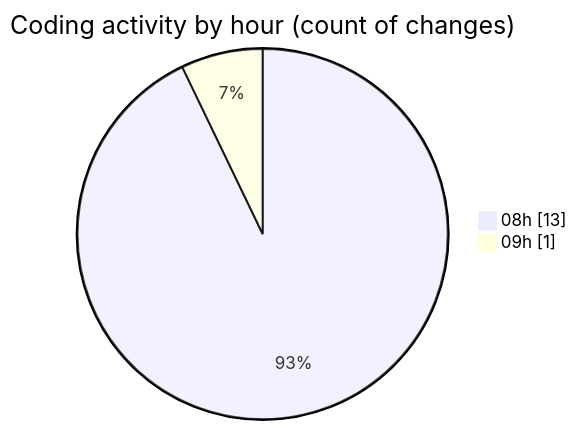
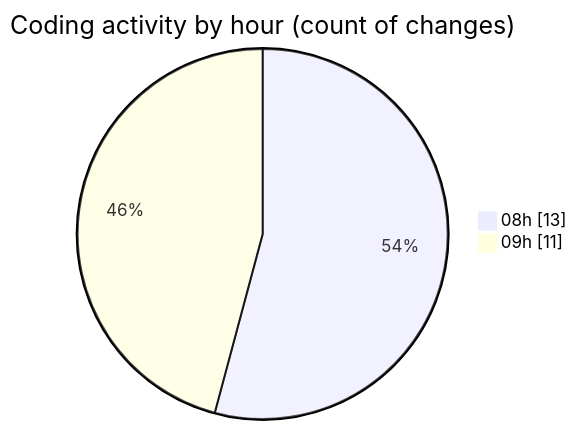
Before and after one commit to Unknowalive/code-tracking: the second of 2 diagrams in 2026-08-25/pws_v/README.md, drawn with Mermaid. The commit also changed other lines of this file and 1 other file, not shown here.

````diff
--- a/2026-08-25/pws_v/README.md
+++ b/2026-08-25/pws_v/README.md
@@ -28,6 +28,6 @@
 ```mermaid
 pie showData
 title Coding activity by hour (count of changes)
 "08h" : 13
-"09h" : 1
+"09h" : 11
 ```
````
